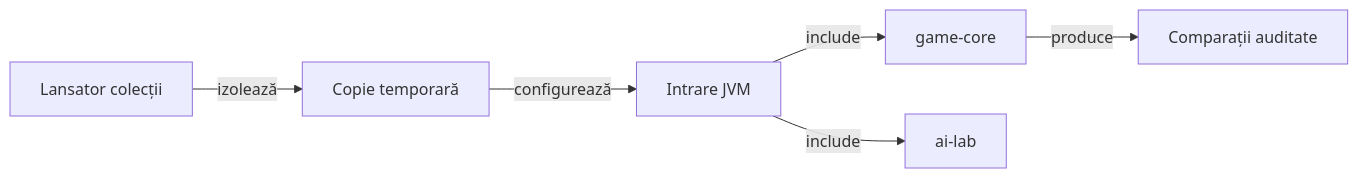
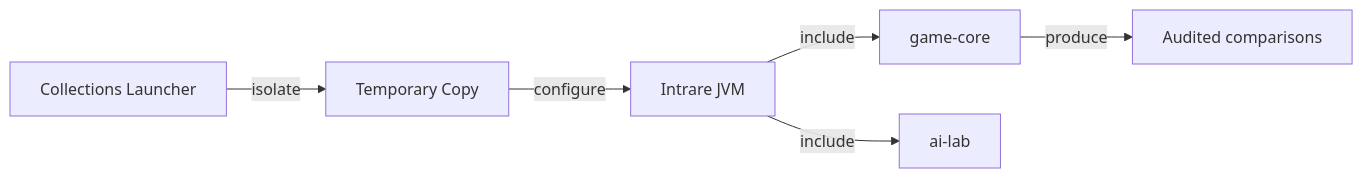
The diagram in whist-lab-app/algorithm-build/README.md (crististefanita/atf_j4), drawn with Mermaid before and after one commit. The commit also changed other lines of this file and 122 other files, not shown here.

````diff
--- a/whist-lab-app/algorithm-build/README.md
+++ b/whist-lab-app/algorithm-build/README.md
@@ -11,8 +11,8 @@
 ```mermaid
 flowchart LR
-    RUN[Lansator colecții] -->|izolează| COPY[Copie temporară]
-    COPY -->|configurează| BUILD[Intrare JVM]
+    RUN[Collections Launcher] -->|isolate| COPY[Temporary Copy]
+    COPY -->|configure| BUILD[Intrare JVM]
     BUILD -->|include| CORE[game-core]
     BUILD -->|include| LAB[ai-lab]
-    CORE -->|produce| RESULT[Comparații auditate]
+    CORE -->|produce| RESULT[Audited comparisons]
 ```
````
